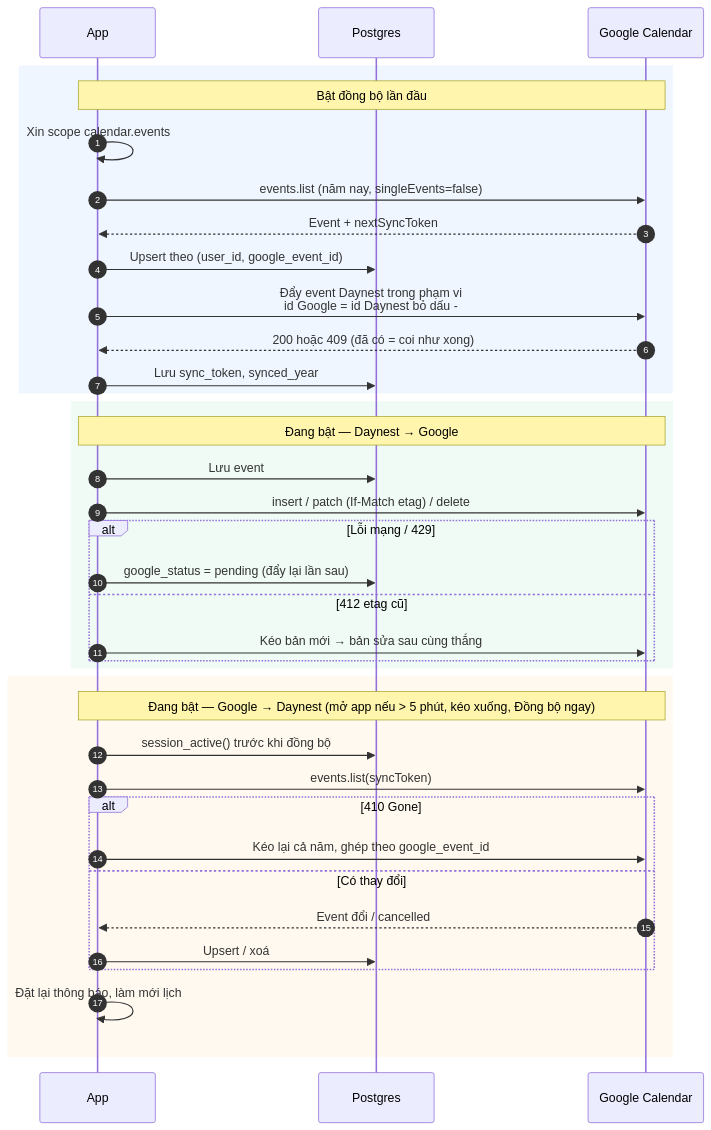
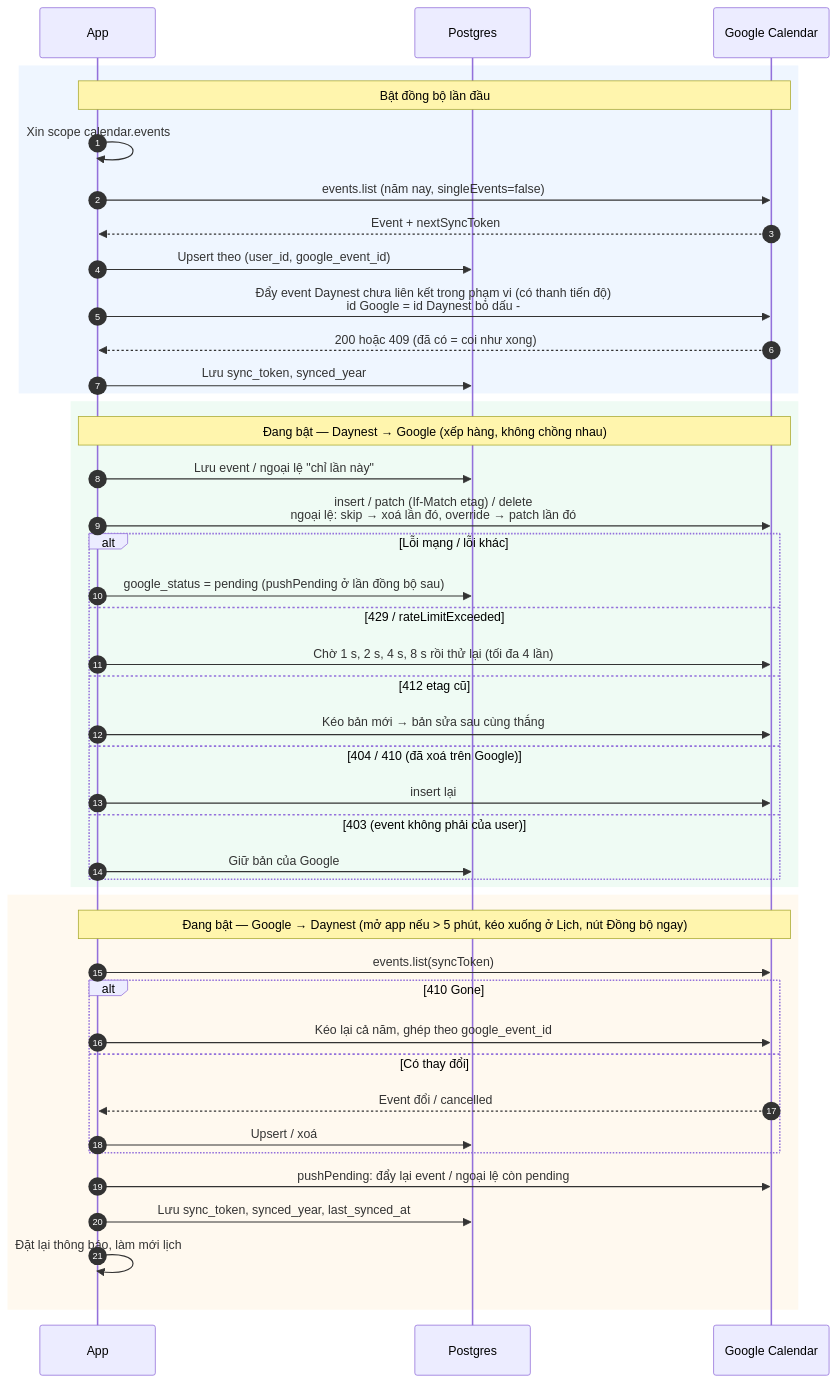
One commit to danhbuidcn/daynest changed the diagram in docs/specs/architecture/google-sync.md. Above: the diagram before and after it, drawn with Mermaid. The commit also changed other lines of this file and 13 other files, not shown here.

Commit message:
docs: update architecture to v5.0.1

````diff
--- a/docs/specs/architecture/google-sync.md
+++ b/docs/specs/architecture/google-sync.md
@@ -7,42 +7,49 @@
 ```mermaid
 sequenceDiagram
   autonumber
   participant A as App
   participant DB as Postgres
   participant G as Google Calendar
 
   rect rgba(120,180,255,0.12)
   Note over A,G: Bật đồng bộ lần đầu
   A->>A: Xin scope calendar.events
   A->>G: events.list (năm nay, singleEvents=false)
   G-->>A: Event + nextSyncToken
   A->>DB: Upsert theo (user_id, google_event_id)
-  A->>G: Đẩy event Daynest trong phạm vi<br/>id Google = id Daynest bỏ dấu -
+  A->>G: Đẩy event Daynest chưa liên kết trong phạm vi (có thanh tiến độ)<br/>id Google = id Daynest bỏ dấu -
   G-->>A: 200 hoặc 409 (đã có = coi như xong)
   A->>DB: Lưu sync_token, synced_year
   end
 
   rect rgba(120,220,160,0.12)
-  Note over A,G: Đang bật — Daynest → Google
-  A->>DB: Lưu event
-  A->>G: insert / patch (If-Match etag) / delete
-  alt Lỗi mạng / 429
-    A->>DB: google_status = pending (đẩy lại lần sau)
+  Note over A,G: Đang bật — Daynest → Google (xếp hàng, không chồng nhau)
+  A->>DB: Lưu event / ngoại lệ "chỉ lần này"
+  A->>G: insert / patch (If-Match etag) / delete<br/>ngoại lệ: skip → xoá lần đó, override → patch lần đó
+  alt Lỗi mạng / lỗi khác
+    A->>DB: google_status = pending (pushPending ở lần đồng bộ sau)
+  else 429 / rateLimitExceeded
+    A->>G: Chờ 1 s, 2 s, 4 s, 8 s rồi thử lại (tối đa 4 lần)
   else 412 etag cũ
     A->>G: Kéo bản mới → bản sửa sau cùng thắng
+  else 404 / 410 (đã xoá trên Google)
+    A->>G: insert lại
+  else 403 (event không phải của user)
+    A->>DB: Giữ bản của Google
   end
   end
 
   rect rgba(255,200,120,0.12)
-  Note over A,G: Đang bật — Google → Daynest (mở app nếu > 5 phút, kéo xuống, Đồng bộ ngay)
-  A->>DB: session_active() trước khi đồng bộ
+  Note over A,G: Đang bật — Google → Daynest (mở app nếu > 5 phút, kéo xuống ở Lịch, nút Đồng bộ ngay)
   A->>G: events.list(syncToken)
   alt 410 Gone
     A->>G: Kéo lại cả năm, ghép theo google_event_id
   else Có thay đổi
     G-->>A: Event đổi / cancelled
     A->>DB: Upsert / xoá
   end
+  A->>G: pushPending: đẩy lại event / ngoại lệ còn pending
+  A->>DB: Lưu sync_token, synced_year, last_synced_at
   A->>A: Đặt lại thông báo, làm mới lịch
   end
 ```
````
